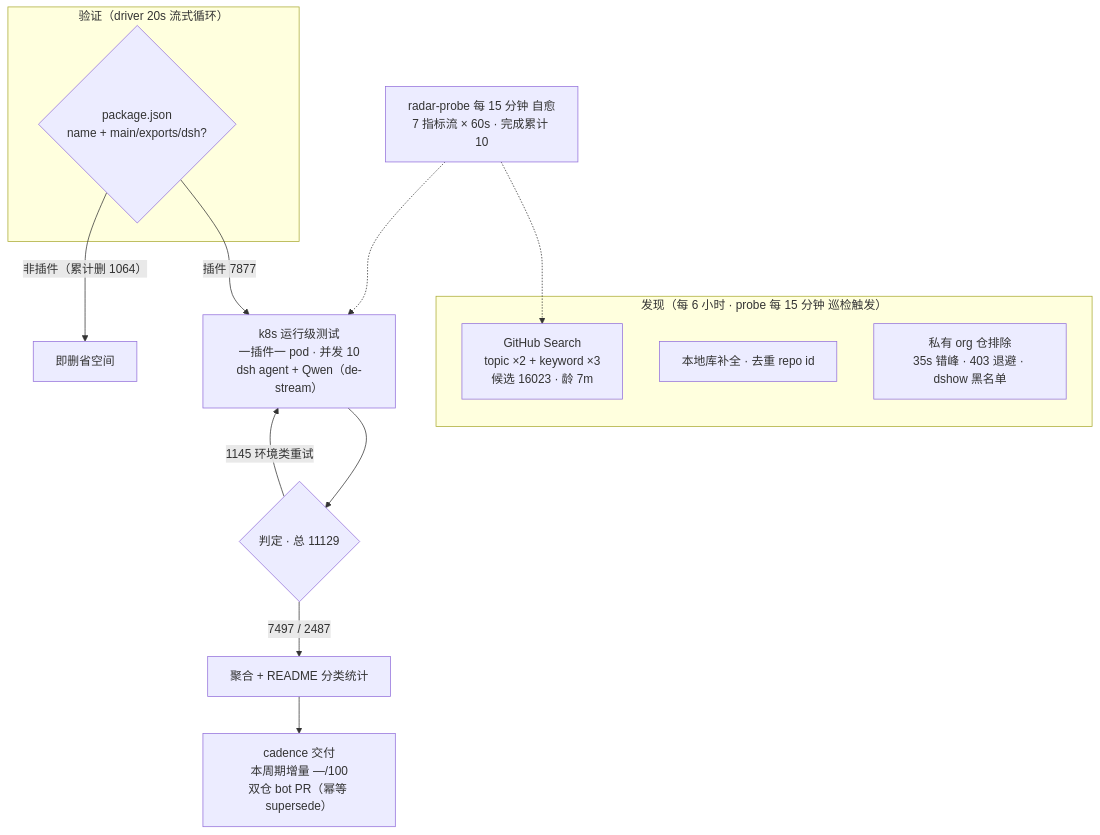
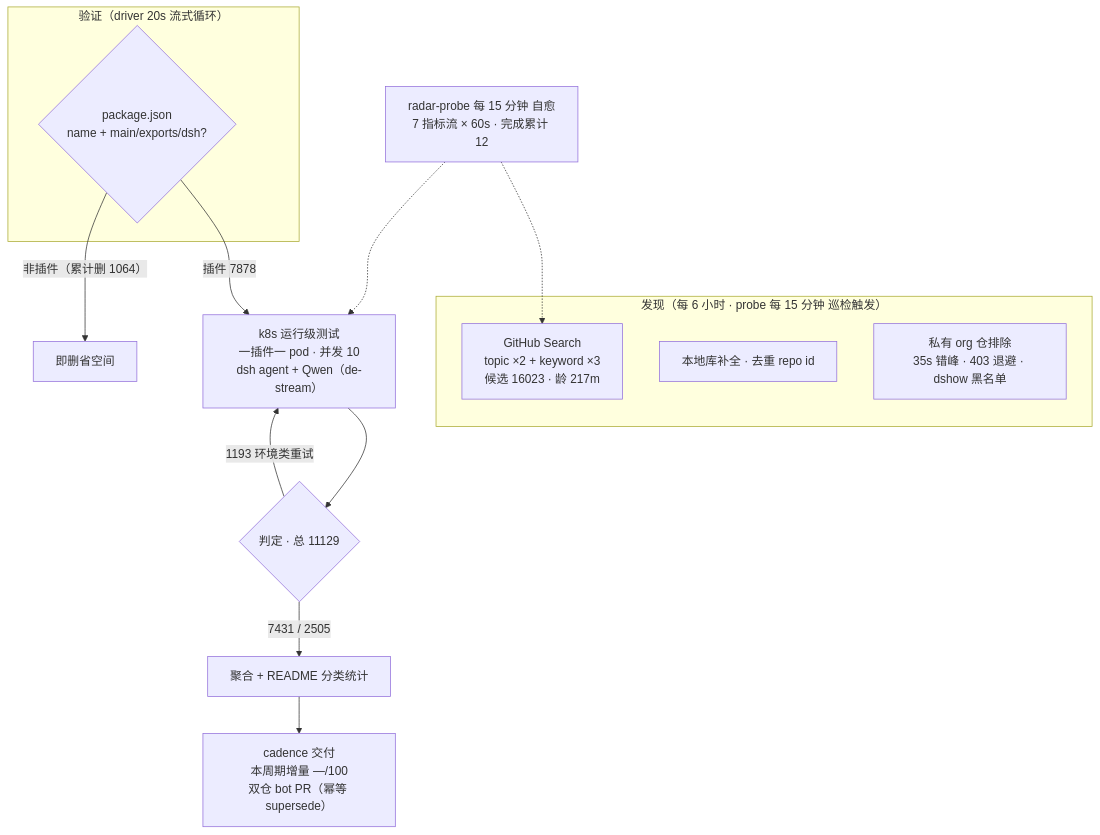
Before and after one commit to Zhidao-Lab-OSS/awesome-dsh-plugins: the diagram in README.md, drawn with Mermaid. The commit also changed other lines of this file and 1 other file, not shown here.

````diff
--- a/README.md
+++ b/README.md
@@ -37,20 +37,20 @@
 ```mermaid
 flowchart TB
     subgraph Discovery["发现（每 6 小时 · probe 每 15 分钟 巡检触发）"]
-        A1["GitHub Search<br/>topic ×2 + keyword ×3<br/>候选 16023 · 龄 7m"]
+        A1["GitHub Search<br/>topic ×2 + keyword ×3<br/>候选 16023 · 龄 217m"]
         A2["本地库补全 · 去重 repo id"]
         A3["私有 org 仓排除<br/>35s 错峰 · 403 退避 · dshow 黑名单"]
     end
     subgraph Validation["验证（driver 20s 流式循环）"]
         B1{"package.json<br/>name + main/exports/dsh?"}
     end
-    B1 -->|"插件 7877"| C1["k8s 运行级测试<br/>一插件一 pod · 并发 10<br/>dsh agent + Qwen（de-stream）"]
+    B1 -->|"插件 7878"| C1["k8s 运行级测试<br/>一插件一 pod · 并发 10<br/>dsh agent + Qwen（de-stream）"]
     B1 -->|"非插件（累计删 1064）"| B3["即删省空间"]
     C1 --> D1{"判定 · 总 11129"}
-    D1 -->|"7497 / 2487"| E1["聚合 + README 分类统计"]
-    D1 -->|"1145 环境类重试"| C1
+    D1 -->|"7431 / 2505"| E1["聚合 + README 分类统计"]
+    D1 -->|"1193 环境类重试"| C1
     E1 --> E2["cadence 交付<br/>本周期增量 —/100<br/>双仓 bot PR（幂等 supersede）"]
-    M["radar-probe 每 15 分钟 自愈<br/>7 指标流 × 60s · 完成累计 10"]
+    M["radar-probe 每 15 分钟 自愈<br/>7 指标流 × 60s · 完成累计 12"]
     M -.-> A1
     M -.-> C1
 ```
````
